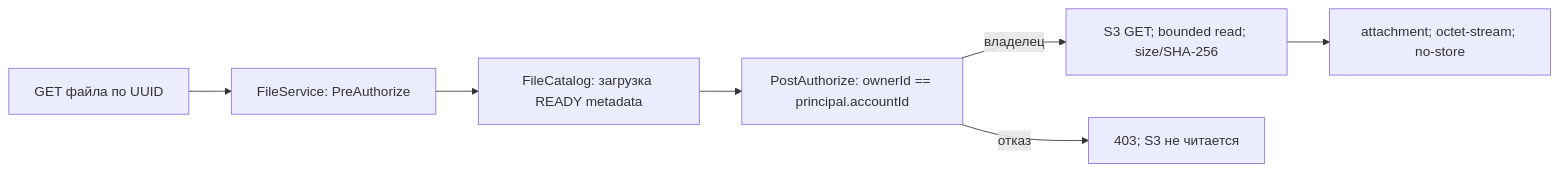
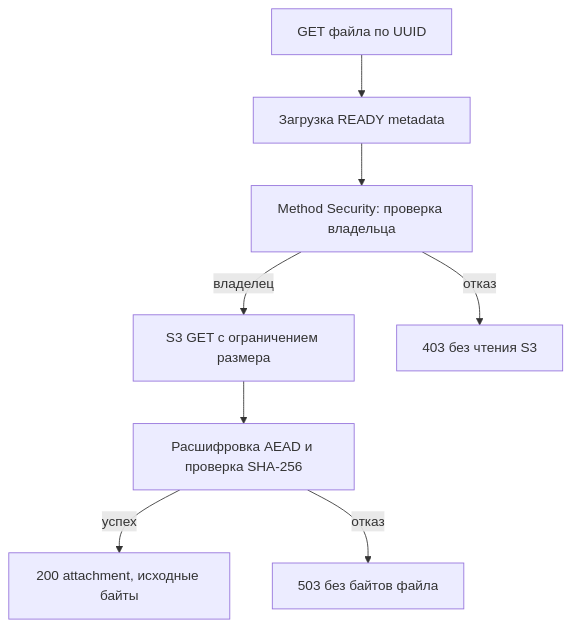
Before and after one commit to iriabov5/secureshare: the diagram in docs/diagrams/file-download.mmd, drawn with Mermaid. The commit also changed 66 other files, not shown here.

```diff
--- a/docs/diagrams/file-download.mmd
+++ b/docs/diagrams/file-download.mmd
@@ -1,7 +1,8 @@
-flowchart LR
-    A["GET файла по UUID"] --> B["FileService: PreAuthorize"]
-    B --> C["FileCatalog: загрузка READY metadata"]
-    C --> D["PostAuthorize: ownerId == principal.accountId"]
-    D -->|владелец| E["S3 GET; bounded read; size/SHA-256"]
-    D -->|отказ| F["403; S3 не читается"]
-    E --> G["attachment; octet-stream; no-store"]
+flowchart TD
+    A["GET файла по UUID"] --> B["Загрузка READY metadata"]
+    B --> C["Method Security: проверка владельца"]
+    C -->|владелец| D["S3 GET с ограничением размера"]
+    C -->|отказ| E["403 без чтения S3"]
+    D --> F["Расшифровка AEAD и проверка SHA-256"]
+    F -->|успех| G["200 attachment, исходные байты"]
+    F -->|отказ| H["503 без байтов файла"]
```
